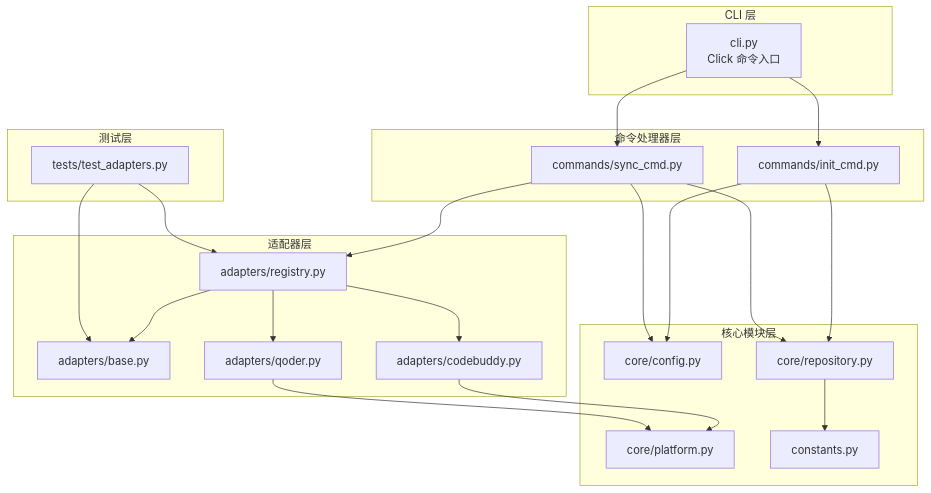
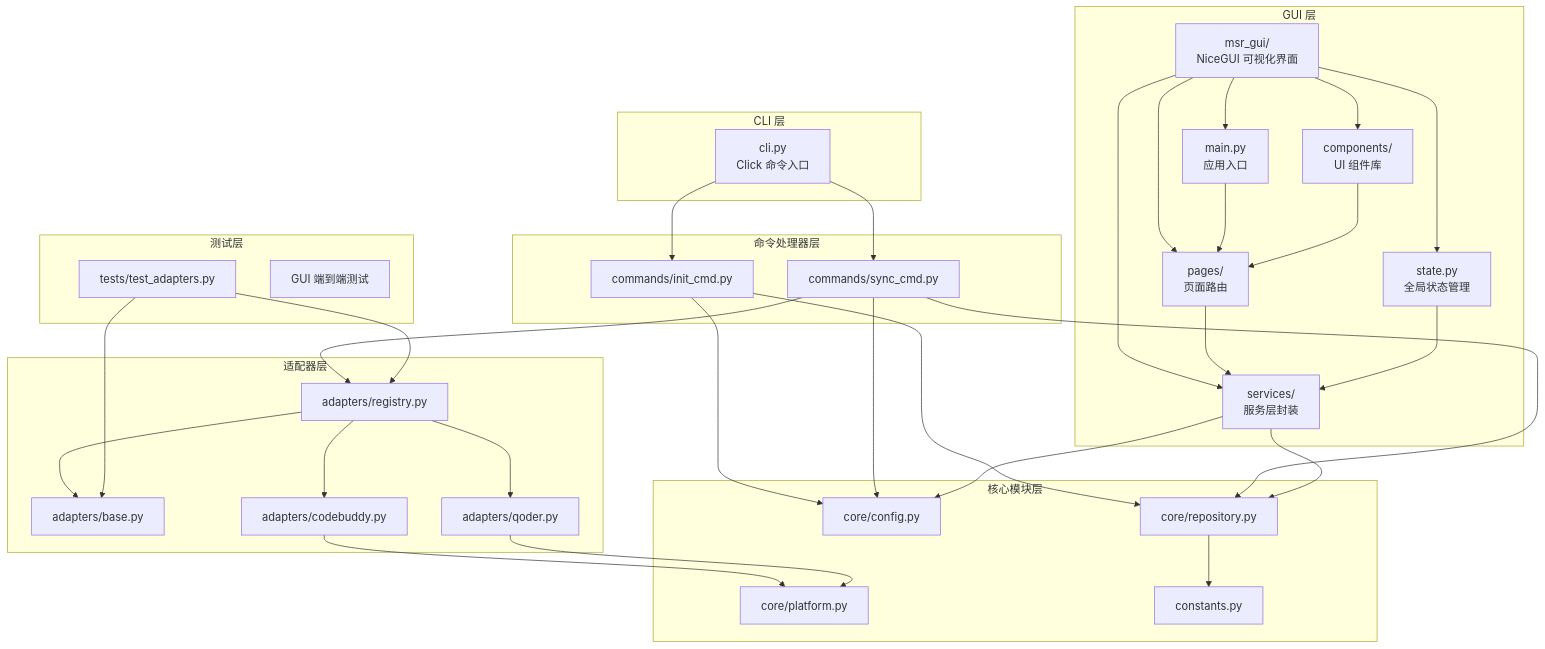
Before and after one commit to MapleWan/MSR: the first of 10 diagrams in .qoder/repowiki/zh/content/开发者指南/开发者指南.md, drawn with Mermaid. The commit also changed other lines of this file and 13 other files, not shown here.

First line of the commit message:
feat(gui): 集成 MSR GUI 管理界面及服务层封装

````diff
--- a/.qoder/repowiki/zh/content/开发者指南/开发者指南.md
+++ b/.qoder/repowiki/zh/content/开发者指南/开发者指南.md
@@ -45,40 +67,55 @@
 ```mermaid
 graph TB
 subgraph "CLI 层"
 CLI["cli.py<br/>Click 命令入口"]
+end
+subgraph "GUI 层"
+GUI["msr_gui/<br/>NiceGUI 可视化界面"]
+GUI --> MAIN["main.py<br/>应用入口"]
+GUI --> STATE["state.py<br/>全局状态管理"]
+GUI --> COMPONENTS["components/<br/>UI 组件库"]
+GUI --> PAGES["pages/<br/>页面路由"]
+GUI --> SERVICES["services/<br/>服务层封装"]
 end
 subgraph "命令处理器层"
 INIT["commands/init_cmd.py"]
 SYNC["commands/sync_cmd.py"]
 end
 subgraph "核心模块层"
 CFG["core/config.py"]
 PLAT["core/platform.py"]
 REPO["core/repository.py"]
 CONST["constants.py"]
 end
 subgraph "适配器层"
 BASE["adapters/base.py"]
 REG["adapters/registry.py"]
 CB["adapters/codebuddy.py"]
 QD["adapters/qoder.py"]
 end
 subgraph "测试层"
 TAD["tests/test_adapters.py"]
+ENDTOEND["GUI 端到端测试"]
 end
 CLI --> INIT
 CLI --> SYNC
 INIT --> REPO
 SYNC --> REPO
 SYNC --> REG
 REG --> BASE
 REG --> CB
 REG --> QD
 INIT --> CFG
 SYNC --> CFG
 REPO --> CONST
 CB --> PLAT
 QD --> PLAT
 TAD --> REG
 TAD --> BASE
+MAIN --> PAGES
+PAGES --> SERVICES
+SERVICES --> REPO
+SERVICES --> CFG
+STATE --> SERVICES
+COMPONENTS --> PAGES
 ```
````
